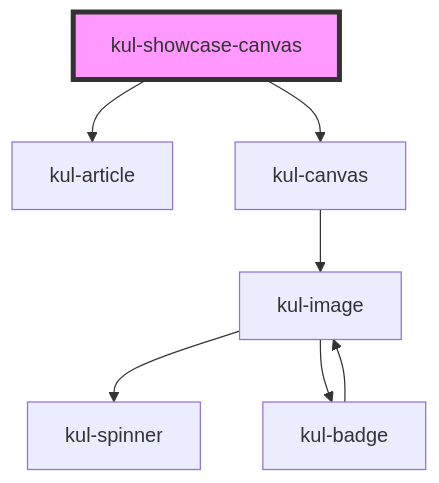
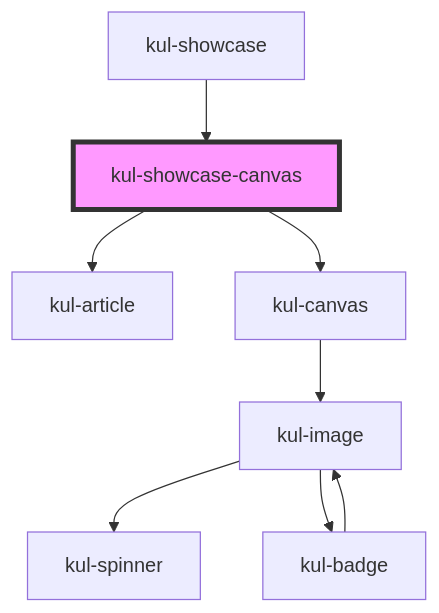
Before and after one commit to lucafoscili/ketchup-lite: the diagram in packages/ketchup-lite/src/components/kul-showcase/components/canvas/readme.md, drawn with Mermaid. The commit also changed other lines of this file and 45 other files, not shown here.

````diff
--- a/packages/ketchup-lite/src/components/kul-showcase/components/canvas/readme.md
+++ b/packages/ketchup-lite/src/components/kul-showcase/components/canvas/readme.md
@@ -24,10 +28,11 @@
 ```mermaid
 graph TD;
   kul-showcase-canvas --> kul-article
   kul-showcase-canvas --> kul-canvas
   kul-canvas --> kul-image
   kul-image --> kul-spinner
   kul-image --> kul-badge
   kul-badge --> kul-image
+  kul-showcase --> kul-showcase-canvas
   style kul-showcase-canvas fill:#f9f,stroke:#333,stroke-width:4px
 ```
````
